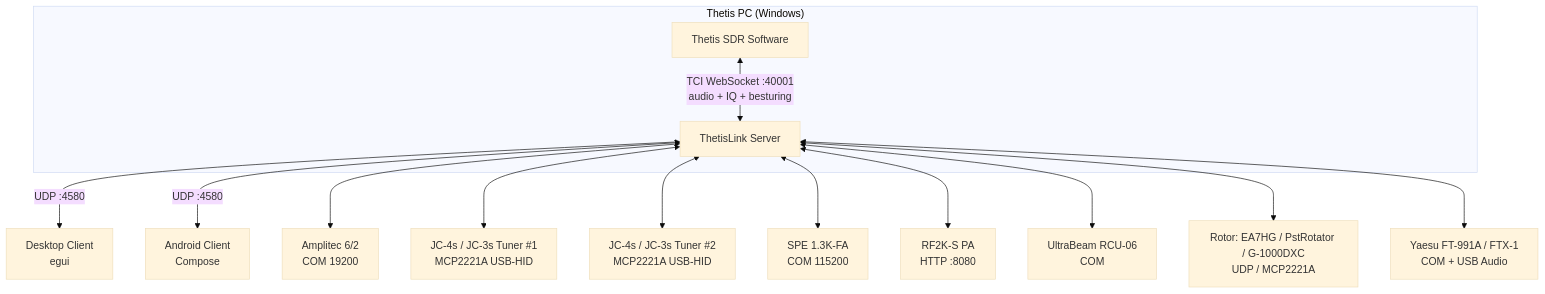
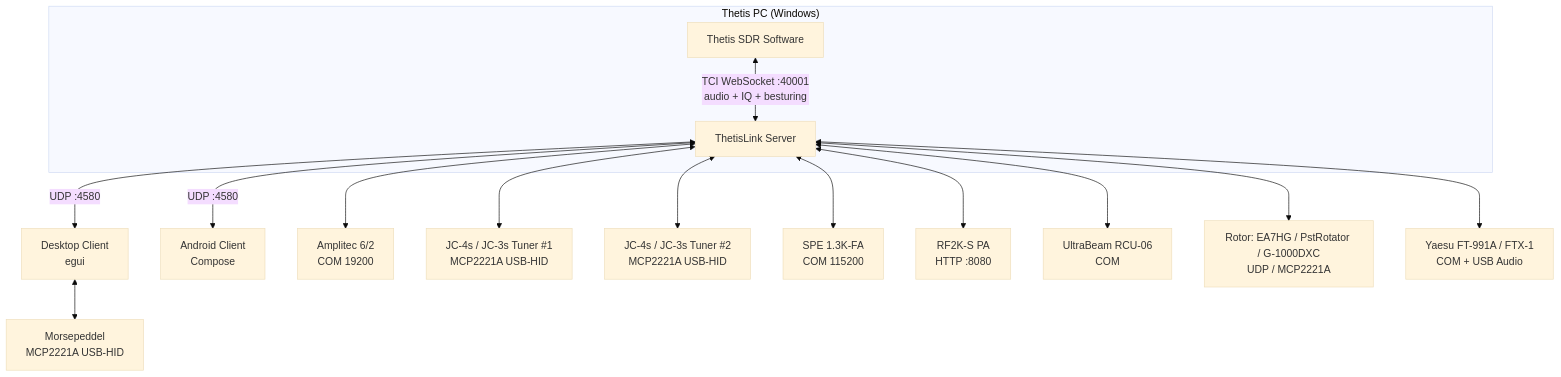
The diagram in User-Manual.md (cjenschede/ThetisLink), drawn with Mermaid (base theme) before and after one commit. The commit also changed other lines of this file and 109 other files, not shown here.

````diff
--- a/User-Manual.md
+++ b/User-Manual.md
@@ -80,18 +80,19 @@
 ```mermaid
 flowchart TB
     subgraph "Thetis PC (Windows)"
         Thetis[Thetis SDR Software]
         Server[ThetisLink Server]
         Thetis <-->|"TCI WebSocket :40001<br>audio + IQ + besturing"| Server
     end
     Server <-->|"UDP :4580"| Desktop[Desktop Client<br>egui]
     Server <-->|"UDP :4580"| Android[Android Client<br>Compose]
     Server <--> Amplitec[Amplitec 6/2<br>COM 19200]
     Server <--> Tuner1[JC-4s / JC-3s Tuner #1<br>MCP2221A USB-HID]
     Server <--> Tuner2[JC-4s / JC-3s Tuner #2<br>MCP2221A USB-HID]
     Server <--> SPE[SPE 1.3K-FA<br>COM 115200]
     Server <--> RF2K[RF2K-S PA<br>HTTP :8080]
     Server <--> UB[UltraBeam RCU-06<br>COM]
     Server <--> Rotor[Rotor: EA7HG / PstRotator / G-1000DXC<br>UDP / MCP2221A]
     Server <--> Yaesu[Yaesu FT-991A / FTX-1<br>COM + USB Audio]
+    Desktop <--> Paddle[Morsepeddel<br>MCP2221A USB-HID]
 ```
````
